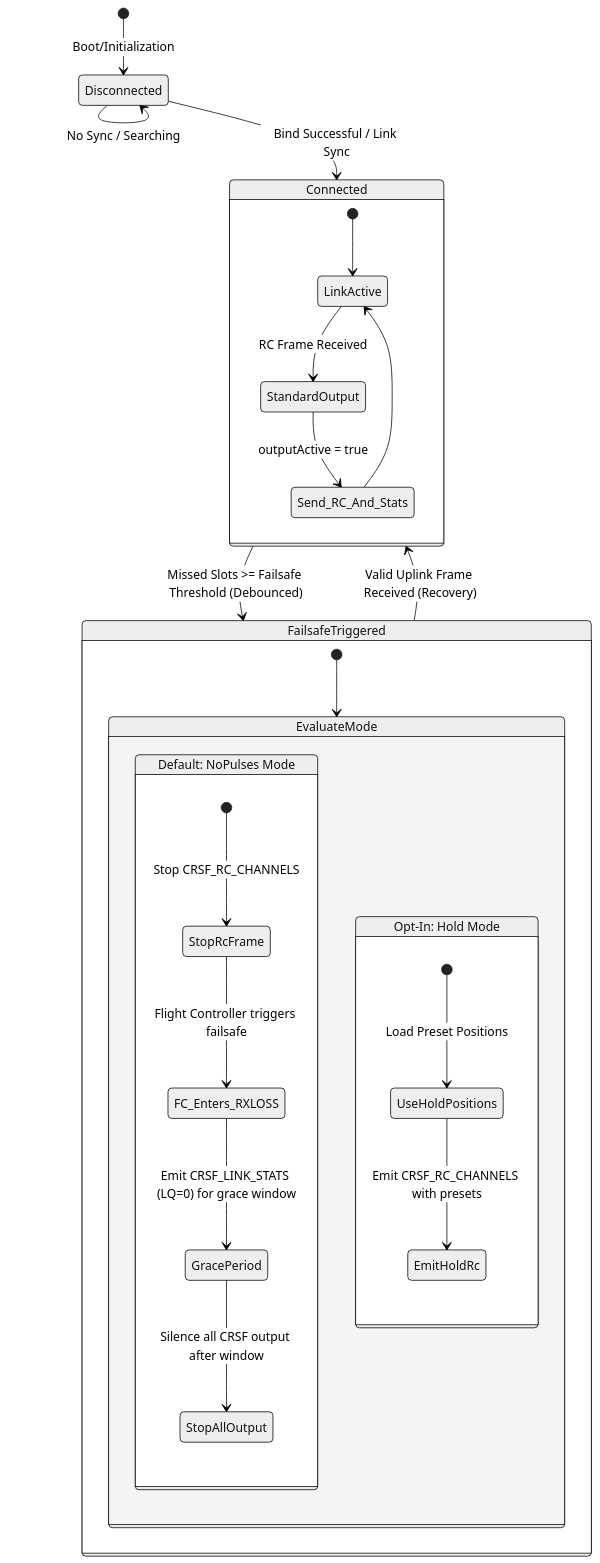
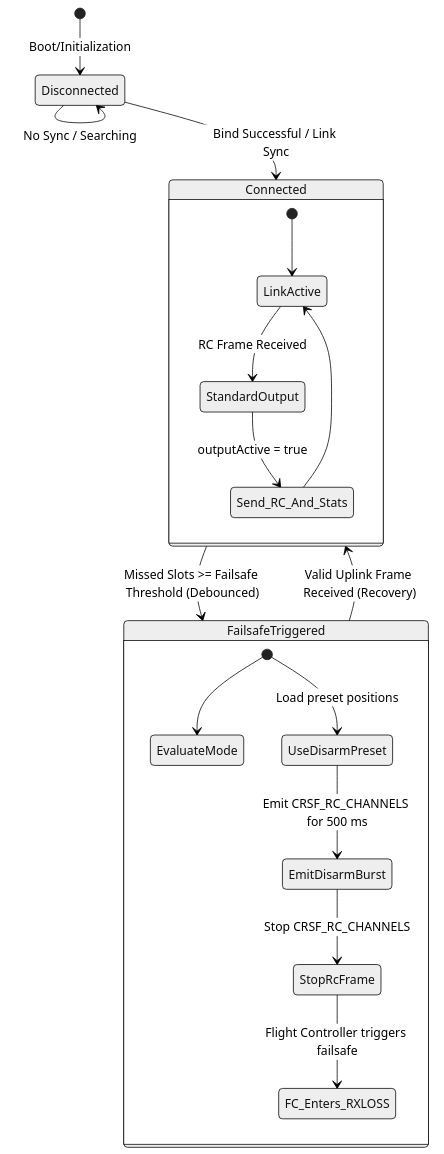
Before and after one commit to xlrs-dev/xlrs: the diagram in docs/developer/safety-and-failsafe.md, drawn with Mermaid (neutral theme). The commit also changed other lines of this file and 27 other files, not shown here.

````diff
--- a/docs/developer/safety-and-failsafe.md
+++ b/docs/developer/safety-and-failsafe.md
@@ -9,36 +11,27 @@
 ```mermaid
 stateDiagram-v2
     [*] --> Disconnected : Boot/Initialization
 
     state Connected {
         [*] --> LinkActive
         LinkActive --> StandardOutput : RC Frame Received
         StandardOutput --> Send_RC_And_Stats : outputActive = true
         Send_RC_And_Stats --> LinkActive
     }
 
     Disconnected --> Connected : Bind Successful / Link Sync
 
     Connected --> FailsafeTriggered : Missed Slots >= Failsafe Threshold (Debounced)
 
     state FailsafeTriggered {
         [*] --> EvaluateMode
 
-        state EvaluateMode {
-            state "Default: NoPulses Mode" as NoPulses {
-                [*] --> StopRcFrame : Stop CRSF_RC_CHANNELS
-                StopRcFrame --> FC_Enters_RXLOSS : Flight Controller triggers failsafe
-                FC_Enters_RXLOSS --> GracePeriod : Emit CRSF_LINK_STATS (LQ=0) for grace window
-                GracePeriod --> StopAllOutput : Silence all CRSF output after window
-            }
-
-            state "Opt-In: Hold Mode" as Hold {
-                [*] --> UseHoldPositions : Load Preset Positions
-                UseHoldPositions --> EmitHoldRc : Emit CRSF_RC_CHANNELS with presets
-            }
-        }
+        [*] --> UseDisarmPreset : Load preset positions
+        UseDisarmPreset --> EmitDisarmBurst : Emit CRSF_RC_CHANNELS for 500 ms
+        EmitDisarmBurst --> StopRcFrame : Stop CRSF_RC_CHANNELS
+        StopRcFrame --> FC_Enters_RXLOSS : Flight Controller triggers failsafe
     }
 
     FailsafeTriggered --> Connected : Valid Uplink Frame Received (Recovery)
     Disconnected --> Disconnected : No Sync / Searching
 ```
````
